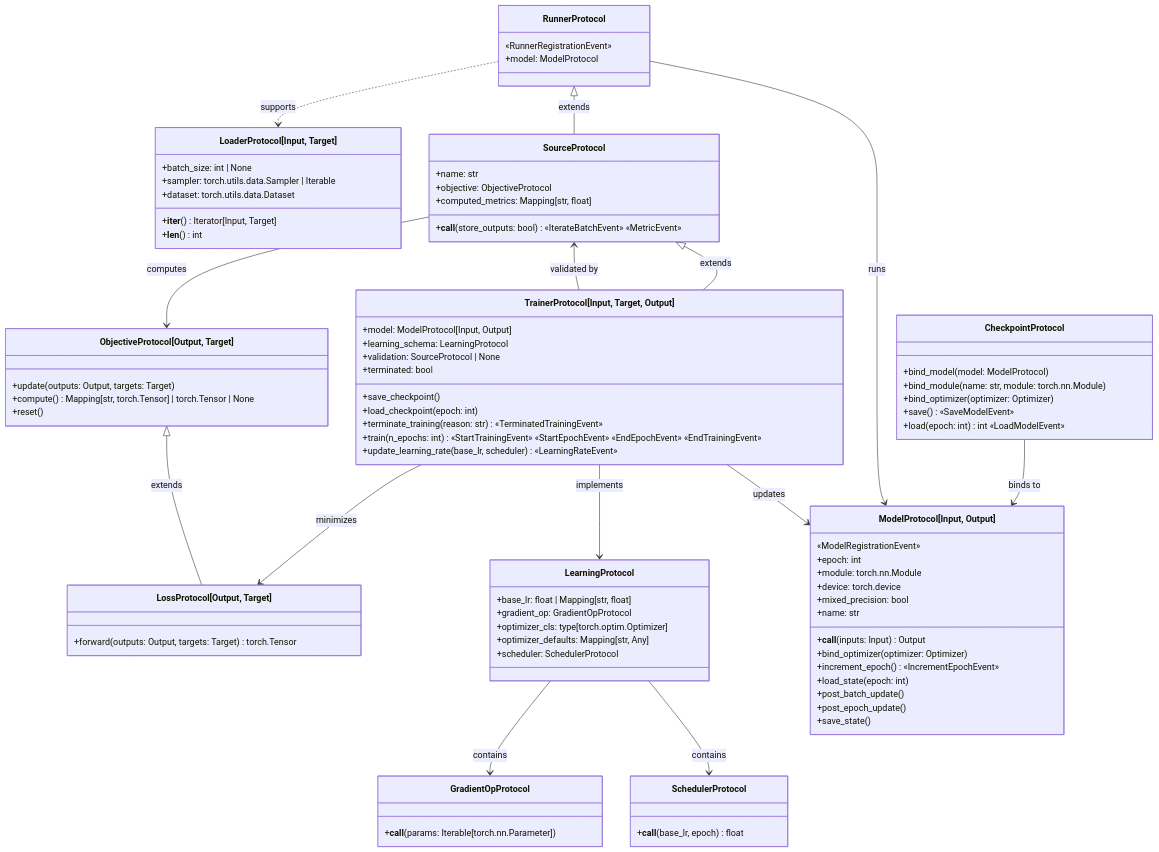
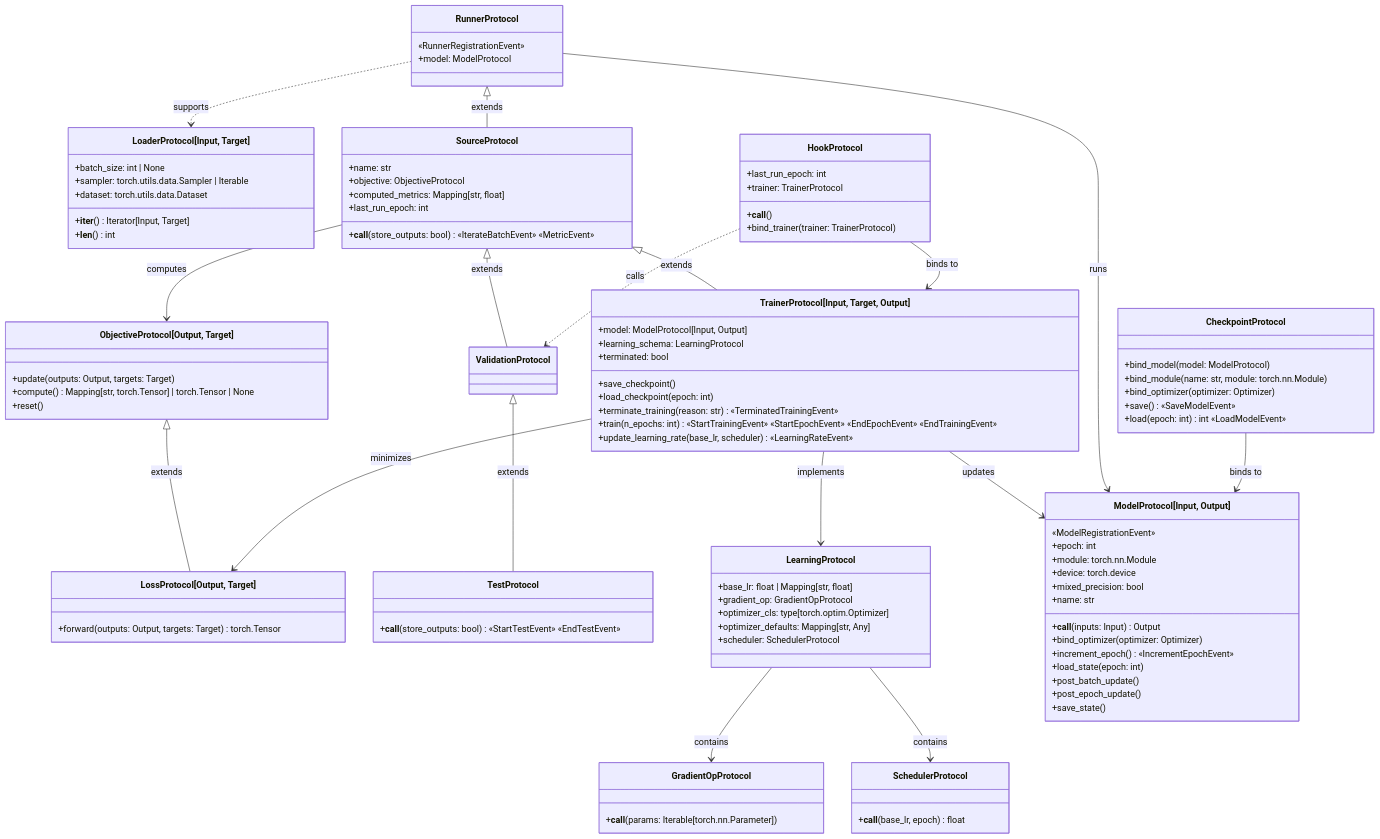
Before and after one commit to nverchev/drytorch: the diagram in docs/architecture.md, drawn with Mermaid. The commit also changed 18 other files, not shown here.

Commit message:
feat: control hooks with composable conditions, follow metrics through Watch and Monitor, and let the builder own the validation

````diff
--- a/docs/architecture.md
+++ b/docs/architecture.md
@@ -31,6 +31,27 @@
 
 classDiagram
 direction TB
+
+    class RunnerProtocol {
+        «RunnerRegistrationEvent»
+        +model: ModelProtocol
+    }
+
+    class LoaderProtocol["LoaderProtocol[Input, Target]"] {
+        +batch_size: int | None
+        +sampler: torch.utils.data.Sampler | Iterable
+        +dataset: torch.utils.data.Dataset
+        +__iter__() Iterator[Input, Target]
+        +__len__() int
+    }
+
+    class SourceProtocol {
+        +name: str
+        +objective: ObjectiveProtocol
+        +computed_metrics: Mapping[str, float]
+        +last_run_epoch: int
+        +__call__(store_outputs: bool) «IterateBatchEvent» «MetricEvent»
+    }
 
     class ObjectiveProtocol["ObjectiveProtocol[Output, Target]"] {
         +update(outputs: Output, targets: Target)
@@ -42,12 +63,21 @@
         +forward(outputs: Output, targets: Target) torch.Tensor
     }
 
-    class SchedulerProtocol {
-        +__call__(base_lr, epoch) float
+    class ValidationProtocol
+
+    class TestProtocol {
+        +__call__(store_outputs: bool) «StartTestEvent» «EndTestEvent»
     }
 
-    class GradientOpProtocol {
-        +__call__(params: Iterable[torch.nn.Parameter])
+    class TrainerProtocol["TrainerProtocol[Input, Target, Output]"] {
+        +model: ModelProtocol[Input, Output]
+        +learning_schema: LearningProtocol
+        +terminated: bool
+        +save_checkpoint()
+        +load_checkpoint(epoch: int)
+        +terminate_training(reason: str) «TerminatedTrainingEvent»
+        +train(n_epochs: int) «StartTrainingEvent» «StartEpochEvent» «EndEpochEvent» «EndTrainingEvent»
+        +update_learning_rate(base_lr, scheduler) «LearningRateEvent»
     }
 
     class LearningProtocol {
@@ -58,13 +88,12 @@
         +scheduler: SchedulerProtocol
     }
 
+    class SchedulerProtocol {
+        +__call__(base_lr, epoch) float
+    }
 
-    class LoaderProtocol["LoaderProtocol[Input, Target]"] {
-        +batch_size: int | None
-        +sampler: torch.utils.data.Sampler | Iterable
-        +dataset: torch.utils.data.Dataset
-        +__iter__() Iterator[Input, Target]
-        +__len__() int
+    class GradientOpProtocol {
+        +__call__(params: Iterable[torch.nn.Parameter])
     }
 
     class ModelProtocol["ModelProtocol[Input, Output]"] {
@@ -91,29 +120,11 @@
         +load(epoch: int) int «LoadModelEvent»
     }
 
-
-    class RunnerProtocol {
-        «RunnerRegistrationEvent»
-        +model: ModelProtocol
-    }
-
-    class SourceProtocol {
-        +name: str
-        +objective: ObjectiveProtocol
-        +computed_metrics: Mapping[str, float]
-        +__call__(store_outputs: bool) «IterateBatchEvent» «MetricEvent»
-    }
-
-    class TrainerProtocol["TrainerProtocol[Input, Target, Output]"] {
-        +model: ModelProtocol[Input, Output]
-        +learning_schema: LearningProtocol
-        +validation: SourceProtocol | None
-        +terminated: bool
-        +save_checkpoint()
-        +load_checkpoint(epoch: int)
-        +terminate_training(reason: str) «TerminatedTrainingEvent»
-        +train(n_epochs: int) «StartTrainingEvent» «StartEpochEvent» «EndEpochEvent» «EndTrainingEvent»
-        +update_learning_rate(base_lr, scheduler) «LearningRateEvent»
+    class HookProtocol {
+        +last_run_epoch: int
+        +trainer: TrainerProtocol
+        +__call__()
+        +bind_trainer(trainer: TrainerProtocol)
     }
 
     RunnerProtocol ..> LoaderProtocol : supports
@@ -125,9 +136,12 @@
     TrainerProtocol --> LearningProtocol :  implements
     TrainerProtocol --> LossProtocol : minimizes
     TrainerProtocol --> ModelProtocol : updates
-    TrainerProtocol --> SourceProtocol : validated by
+    HookProtocol --> TrainerProtocol : binds to
+    HookProtocol ..> ValidationProtocol : calls
     RunnerProtocol <|-- SourceProtocol : extends
     SourceProtocol <|-- TrainerProtocol : extends
+    SourceProtocol <|-- ValidationProtocol : extends
+    ValidationProtocol <|-- TestProtocol : extends
     ObjectiveProtocol <|-- LossProtocol : extends
 
 ```
````
